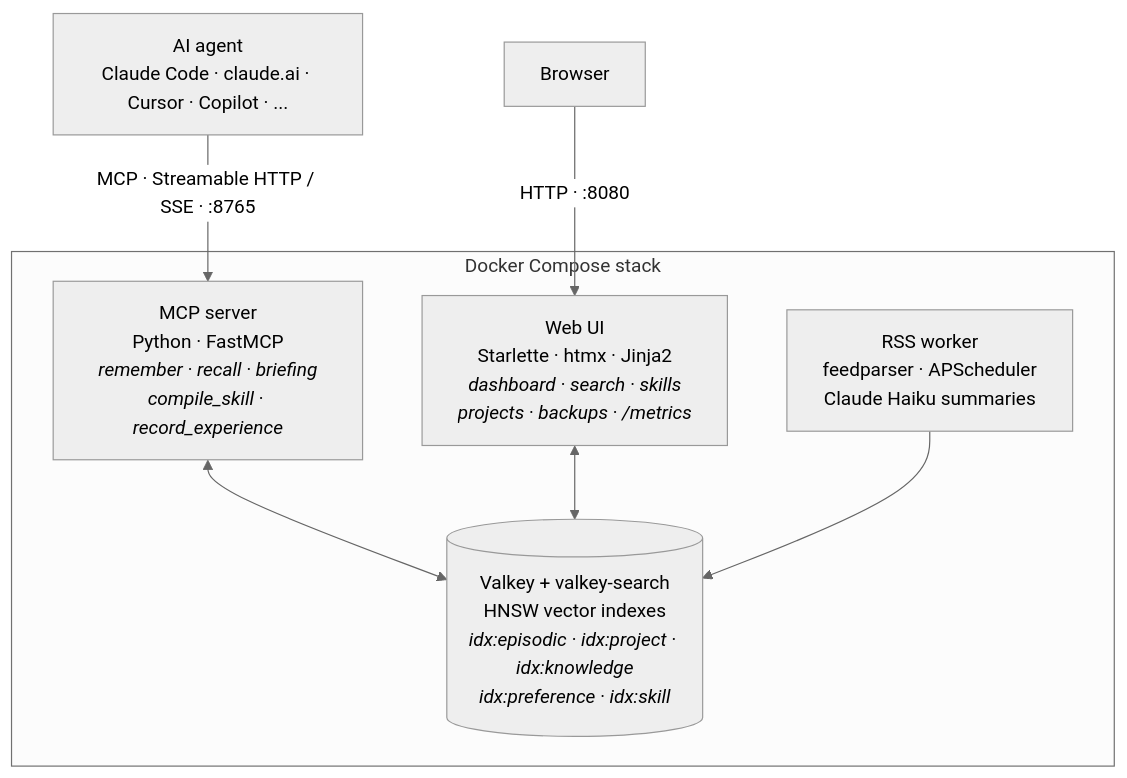
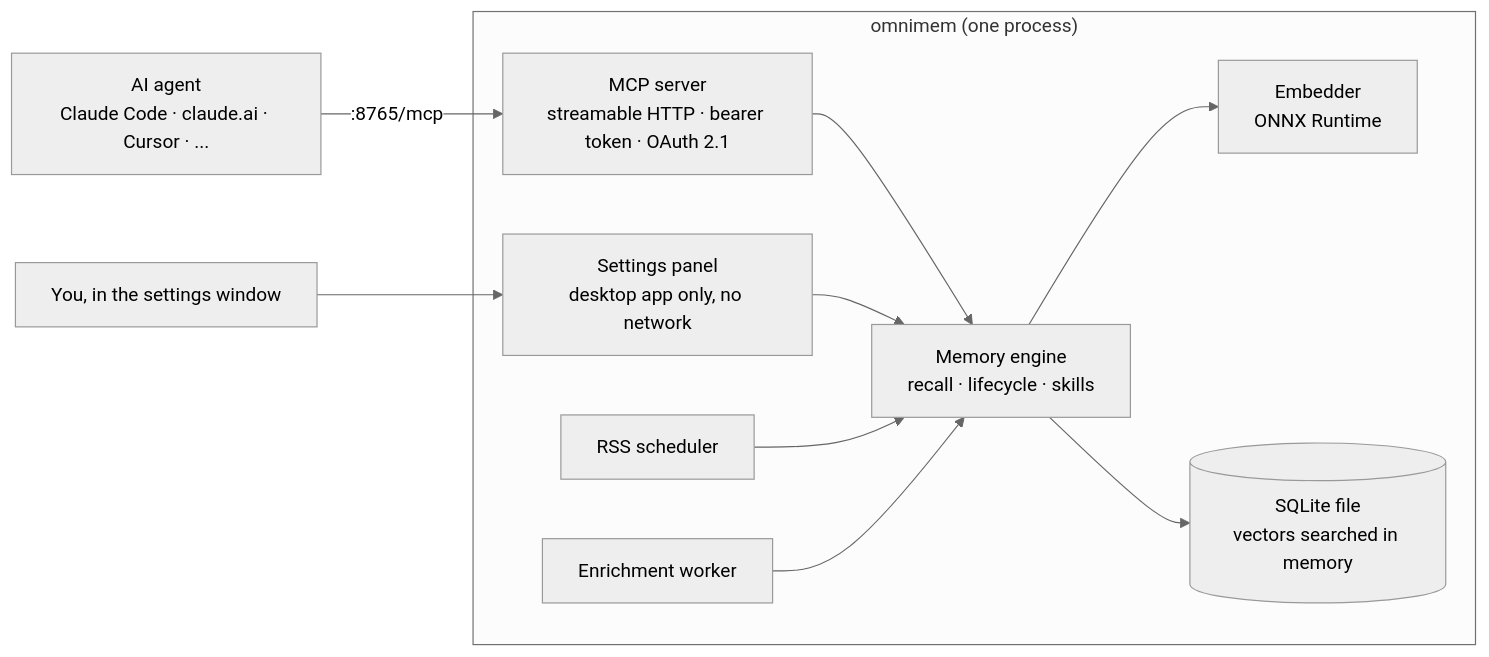
The diagram in README.md (richarvey/OmniMem), drawn with Mermaid (neutral theme) before and after one commit. The commit also changed other lines of this file and 270 other files, not shown here.

````diff
--- a/README.md
+++ b/README.md
@@ -93,19 +106,24 @@
 ```mermaid
-flowchart TB
-    agent["AI agent<br/>Claude Code · claude.ai · Cursor · Copilot · ..."]
-    browser["Browser"]
+flowchart LR
+    agent["AI agent<br/>Claude Code · claude.ai · Cursor · ..."]
+    user["You, in the settings window"]
 
-    agent -- "MCP · Streamable HTTP / SSE · :8765" --> mcp
-    browser -- "HTTP · :8080" --> webui
+    subgraph omnimem["omnimem (one process)"]
+        mcp["MCP server<br/>streamable HTTP · bearer token · OAuth 2.1"]
+        panel["Settings panel<br/>desktop app only, no network"]
+        rss["RSS scheduler"]
+        enrich["Enrichment worker"]
+        engine["Memory engine<br/>recall · lifecycle · skills"]
+        embed["Embedder<br/>ONNX Runtime"]
+        store[("SQLite file<br/>vectors searched in memory")]
+    end
 
-    subgraph stack["Docker Compose stack"]
-        mcp["MCP server<br/>Python · FastMCP<br/><i>remember · recall · briefing<br/>compile_skill · record_experience</i>"]
-        webui["Web UI<br/>Starlette · htmx · Jinja2<br/><i>dashboard · search · skills<br/>projects · backups · /metrics</i>"]
-        rss["RSS worker<br/>feedparser · APScheduler<br/>Claude Haiku summaries"]
-        valkey[("Valkey + valkey-search<br/>HNSW vector indexes<br/><i>idx:episodic · idx:project · idx:knowledge<br/>idx:preference · idx:skill</i>")]
-
-        mcp <--> valkey
-        webui <--> valkey
-        rss --> valkey
-    end
+    agent -- ":8765/mcp" --> mcp
+    user --> panel
+    mcp --> engine
+    panel --> engine
+    rss --> engine
+    enrich --> engine
+    engine --> embed
+    engine --> store
 ```
````
